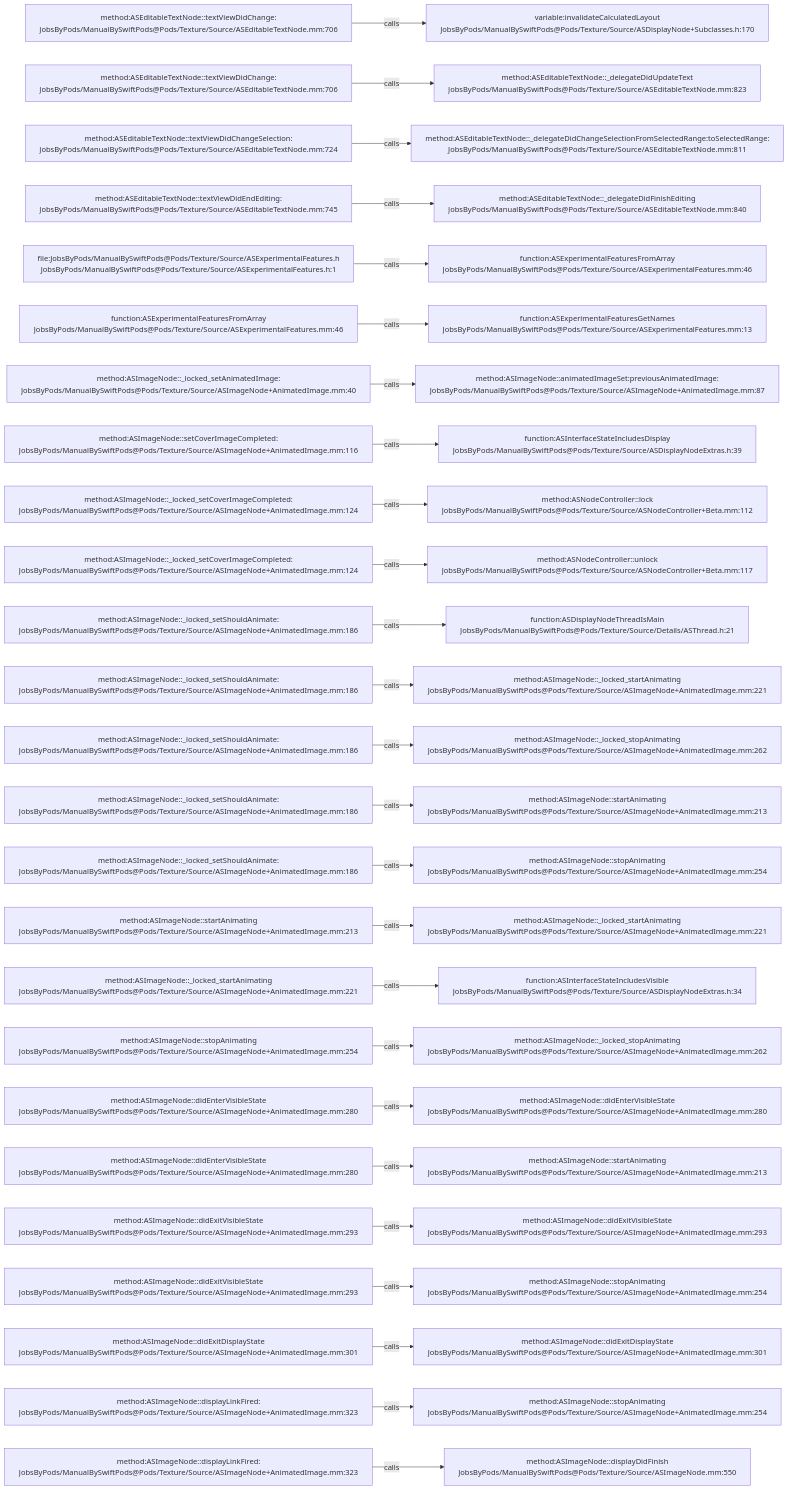
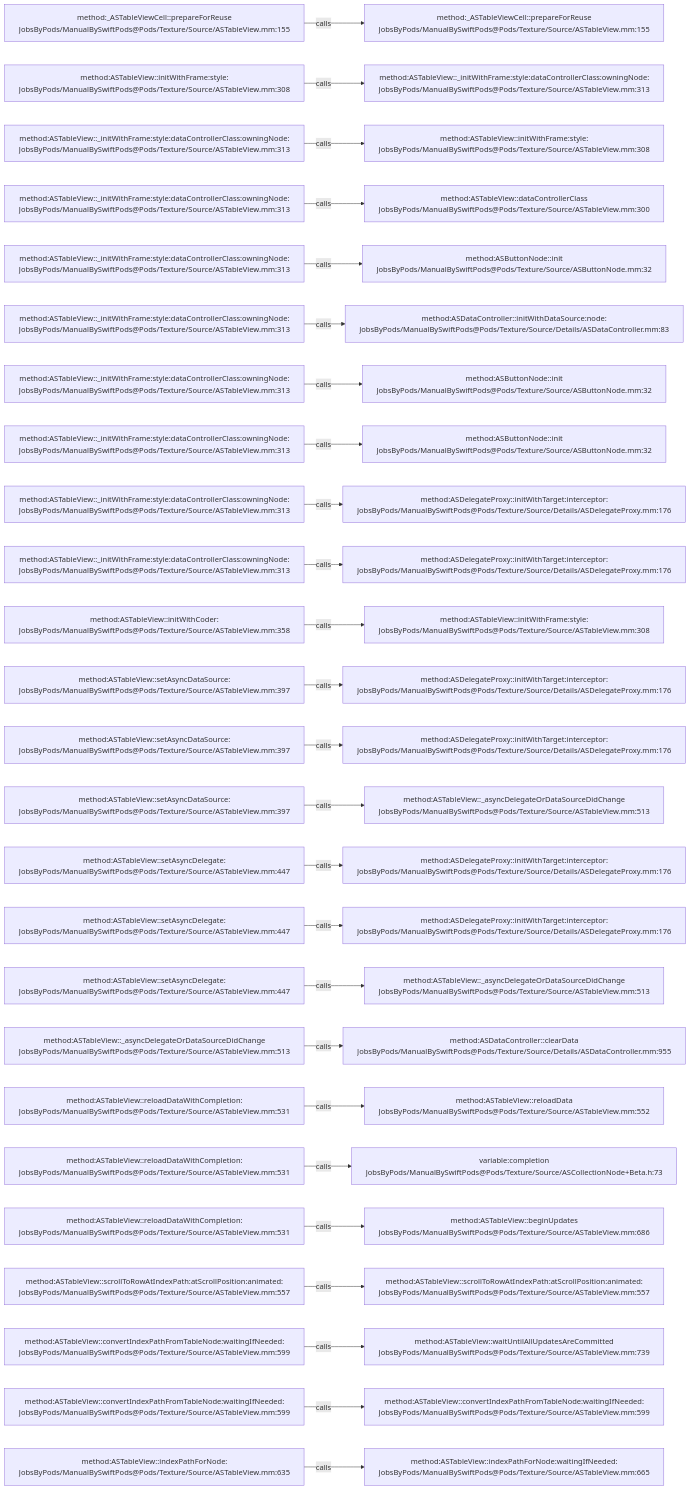
One commit to JobsKits/JobsSwiftBaseConfigDemo changed the diagram in .codegraph/codegraph.md/graphs/calls-059.md. Above: the diagram before and after it, drawn with Mermaid. The commit also changed 832 other files, not shown here.

````diff
--- a/.codegraph/codegraph.md/graphs/calls-059.md
+++ b/.codegraph/codegraph.md/graphs/calls-059.md
@@ -13,78 +13,78 @@
 ```mermaid
 flowchart LR
-  S1["method:ASEditableTextNode::textViewDidChange:<br/>JobsByPods/ManualBySwiftPods@Pods/Texture/Source/ASEditableTextNode.mm:706"]
-  T1["variable:invalidateCalculatedLayout<br/>JobsByPods/ManualBySwiftPods@Pods/Texture/Source/ASDisplayNode+Subclasses.h:170"]
+  S1["method:_ASTableViewCell::prepareForReuse<br/>JobsByPods/ManualBySwiftPods@Pods/Texture/Source/ASTableView.mm:155"]
+  T1["method:_ASTableViewCell::prepareForReuse<br/>JobsByPods/ManualBySwiftPods@Pods/Texture/Source/ASTableView.mm:155"]
   S1 -->|calls| T1
-  S2["method:ASEditableTextNode::textViewDidChange:<br/>JobsByPods/ManualBySwiftPods@Pods/Texture/Source/ASEditableTextNode.mm:706"]
-  T2["method:ASEditableTextNode::_delegateDidUpdateText<br/>JobsByPods/ManualBySwiftPods@Pods/Texture/Source/ASEditableTextNode.mm:823"]
+  S2["method:ASTableView::initWithFrame:style:<br/>JobsByPods/ManualBySwiftPods@Pods/Texture/Source/ASTableView.mm:308"]
+  T2["method:ASTableView::_initWithFrame:style:dataControllerClass:owningNode:<br/>JobsByPods/ManualBySwiftPods@Pods/Texture/Source/ASTableView.mm:313"]
   S2 -->|calls| T2
-  S3["method:ASEditableTextNode::textViewDidChangeSelection:<br/>JobsByPods/ManualBySwiftPods@Pods/Texture/Source/ASEditableTextNode.mm:724"]
-  T3["method:ASEditableTextNode::_delegateDidChangeSelectionFromSelectedRange:toSelectedRange:<br/>JobsByPods/ManualBySwiftPods@Pods/Texture/Source/ASEditableTextNode.mm:811"]
+  S3["method:ASTableView::_initWithFrame:style:dataControllerClass:owningNode:<br/>JobsByPods/ManualBySwiftPods@Pods/Texture/Source/ASTableView.mm:313"]
+  T3["method:ASTableView::initWithFrame:style:<br/>JobsByPods/ManualBySwiftPods@Pods/Texture/Source/ASTableView.mm:308"]
   S3 -->|calls| T3
-  S4["method:ASEditableTextNode::textViewDidEndEditing:<br/>JobsByPods/ManualBySwiftPods@Pods/Texture/Source/ASEditableTextNode.mm:745"]
-  T4["method:ASEditableTextNode::_delegateDidFinishEditing<br/>JobsByPods/ManualBySwiftPods@Pods/Texture/Source/ASEditableTextNode.mm:840"]
+  S4["method:ASTableView::_initWithFrame:style:dataControllerClass:owningNode:<br/>JobsByPods/ManualBySwiftPods@Pods/Texture/Source/ASTableView.mm:313"]
+  T4["method:ASTableView::dataControllerClass<br/>JobsByPods/ManualBySwiftPods@Pods/Texture/Source/ASTableView.mm:300"]
   S4 -->|calls| T4
-  S5["file:JobsByPods/ManualBySwiftPods@Pods/Texture/Source/ASExperimentalFeatures.h<br/>JobsByPods/ManualBySwiftPods@Pods/Texture/Source/ASExperimentalFeatures.h:1"]
-  T5["function:ASExperimentalFeaturesFromArray<br/>JobsByPods/ManualBySwiftPods@Pods/Texture/Source/ASExperimentalFeatures.mm:46"]
+  S5["method:ASTableView::_initWithFrame:style:dataControllerClass:owningNode:<br/>JobsByPods/ManualBySwiftPods@Pods/Texture/Source/ASTableView.mm:313"]
+  T5["method:ASButtonNode::init<br/>JobsByPods/ManualBySwiftPods@Pods/Texture/Source/ASButtonNode.mm:32"]
   S5 -->|calls| T5
-  S6["function:ASExperimentalFeaturesFromArray<br/>JobsByPods/ManualBySwiftPods@Pods/Texture/Source/ASExperimentalFeatures.mm:46"]
-  T6["function:ASExperimentalFeaturesGetNames<br/>JobsByPods/ManualBySwiftPods@Pods/Texture/Source/ASExperimentalFeatures.mm:13"]
+  S6["method:ASTableView::_initWithFrame:style:dataControllerClass:owningNode:<br/>JobsByPods/ManualBySwiftPods@Pods/Texture/Source/ASTableView.mm:313"]
+  T6["method:ASDataController::initWithDataSource:node:<br/>JobsByPods/ManualBySwiftPods@Pods/Texture/Source/Details/ASDataController.mm:83"]
   S6 -->|calls| T6
-  S7["method:ASImageNode::_locked_setAnimatedImage:<br/>JobsByPods/ManualBySwiftPods@Pods/Texture/Source/ASImageNode+AnimatedImage.mm:40"]
-  T7["method:ASImageNode::animatedImageSet:previousAnimatedImage:<br/>JobsByPods/ManualBySwiftPods@Pods/Texture/Source/ASImageNode+AnimatedImage.mm:87"]
+  S7["method:ASTableView::_initWithFrame:style:dataControllerClass:owningNode:<br/>JobsByPods/ManualBySwiftPods@Pods/Texture/Source/ASTableView.mm:313"]
+  T7["method:ASButtonNode::init<br/>JobsByPods/ManualBySwiftPods@Pods/Texture/Source/ASButtonNode.mm:32"]
   S7 -->|calls| T7
-  S8["method:ASImageNode::setCoverImageCompleted:<br/>JobsByPods/ManualBySwiftPods@Pods/Texture/Source/ASImageNode+AnimatedImage.mm:116"]
-  T8["function:ASInterfaceStateIncludesDisplay<br/>JobsByPods/ManualBySwiftPods@Pods/Texture/Source/ASDisplayNodeExtras.h:39"]
+  S8["method:ASTableView::_initWithFrame:style:dataControllerClass:owningNode:<br/>JobsByPods/ManualBySwiftPods@Pods/Texture/Source/ASTableView.mm:313"]
+  T8["method:ASButtonNode::init<br/>JobsByPods/ManualBySwiftPods@Pods/Texture/Source/ASButtonNode.mm:32"]
   S8 -->|calls| T8
-  S9["method:ASImageNode::_locked_setCoverImageCompleted:<br/>JobsByPods/ManualBySwiftPods@Pods/Texture/Source/ASImageNode+AnimatedImage.mm:124"]
-  T9["method:ASNodeController::lock<br/>JobsByPods/ManualBySwiftPods@Pods/Texture/Source/ASNodeController+Beta.mm:112"]
+  S9["method:ASTableView::_initWithFrame:style:dataControllerClass:owningNode:<br/>JobsByPods/ManualBySwiftPods@Pods/Texture/Source/ASTableView.mm:313"]
+  T9["method:ASDelegateProxy::initWithTarget:interceptor:<br/>JobsByPods/ManualBySwiftPods@Pods/Texture/Source/Details/ASDelegateProxy.mm:176"]
   S9 -->|calls| T9
-  S10["method:ASImageNode::_locked_setCoverImageCompleted:<br/>JobsByPods/ManualBySwiftPods@Pods/Texture/Source/ASImageNode+AnimatedImage.mm:124"]
-  T10["method:ASNodeController::unlock<br/>JobsByPods/ManualBySwiftPods@Pods/Texture/Source/ASNodeController+Beta.mm:117"]
+  S10["method:ASTableView::_initWithFrame:style:dataControllerClass:owningNode:<br/>JobsByPods/ManualBySwiftPods@Pods/Texture/Source/ASTableView.mm:313"]
+  T10["method:ASDelegateProxy::initWithTarget:interceptor:<br/>JobsByPods/ManualBySwiftPods@Pods/Texture/Source/Details/ASDelegateProxy.mm:176"]
   S10 -->|calls| T10
-  S11["method:ASImageNode::_locked_setShouldAnimate:<br/>JobsByPods/ManualBySwiftPods@Pods/Texture/Source/ASImageNode+AnimatedImage.mm:186"]
-  T11["function:ASDisplayNodeThreadIsMain<br/>JobsByPods/ManualBySwiftPods@Pods/Texture/Source/Details/ASThread.h:21"]
+  S11["method:ASTableView::initWithCoder:<br/>JobsByPods/ManualBySwiftPods@Pods/Texture/Source/ASTableView.mm:358"]
+  T11["method:ASTableView::initWithFrame:style:<br/>JobsByPods/ManualBySwiftPods@Pods/Texture/Source/ASTableView.mm:308"]
   S11 -->|calls| T11
-  S12["method:ASImageNode::_locked_setShouldAnimate:<br/>JobsByPods/ManualBySwiftPods@Pods/Texture/Source/ASImageNode+AnimatedImage.mm:186"]
-  T12["method:ASImageNode::_locked_startAnimating<br/>JobsByPods/ManualBySwiftPods@Pods/Texture/Source/ASImageNode+AnimatedImage.mm:221"]
+  S12["method:ASTableView::setAsyncDataSource:<br/>JobsByPods/ManualBySwiftPods@Pods/Texture/Source/ASTableView.mm:397"]
+  T12["method:ASDelegateProxy::initWithTarget:interceptor:<br/>JobsByPods/ManualBySwiftPods@Pods/Texture/Source/Details/ASDelegateProxy.mm:176"]
   S12 -->|calls| T12
-  S13["method:ASImageNode::_locked_setShouldAnimate:<br/>JobsByPods/ManualBySwiftPods@Pods/Texture/Source/ASImageNode+AnimatedImage.mm:186"]
-  T13["method:ASImageNode::_locked_stopAnimating<br/>JobsByPods/ManualBySwiftPods@Pods/Texture/Source/ASImageNode+AnimatedImage.mm:262"]
+  S13["method:ASTableView::setAsyncDataSource:<br/>JobsByPods/ManualBySwiftPods@Pods/Texture/Source/ASTableView.mm:397"]
+  T13["method:ASDelegateProxy::initWithTarget:interceptor:<br/>JobsByPods/ManualBySwiftPods@Pods/Texture/Source/Details/ASDelegateProxy.mm:176"]
   S13 -->|calls| T13
-  S14["method:ASImageNode::_locked_setShouldAnimate:<br/>JobsByPods/ManualBySwiftPods@Pods/Texture/Source/ASImageNode+AnimatedImage.mm:186"]
-  T14["method:ASImageNode::startAnimating<br/>JobsByPods/ManualBySwiftPods@Pods/Texture/Source/ASImageNode+AnimatedImage.mm:213"]
+  S14["method:ASTableView::setAsyncDataSource:<br/>JobsByPods/ManualBySwiftPods@Pods/Texture/Source/ASTableView.mm:397"]
+  T14["method:ASTableView::_asyncDelegateOrDataSourceDidChange<br/>JobsByPods/ManualBySwiftPods@Pods/Texture/Source/ASTableView.mm:513"]
   S14 -->|calls| T14
-  S15["method:ASImageNode::_locked_setShouldAnimate:<br/>JobsByPods/ManualBySwiftPods@Pods/Texture/Source/ASImageNode+AnimatedImage.mm:186"]
-  T15["method:ASImageNode::stopAnimating<br/>JobsByPods/ManualBySwiftPods@Pods/Texture/Source/ASImageNode+AnimatedImage.mm:254"]
+  S15["method:ASTableView::setAsyncDelegate:<br/>JobsByPods/ManualBySwiftPods@Pods/Texture/Source/ASTableView.mm:447"]
+  T15["method:ASDelegateProxy::initWithTarget:interceptor:<br/>JobsByPods/ManualBySwiftPods@Pods/Texture/Source/Details/ASDelegateProxy.mm:176"]
   S15 -->|calls| T15
-  S16["method:ASImageNode::startAnimating<br/>JobsByPods/ManualBySwiftPods@Pods/Texture/Source/ASImageNode+AnimatedImage.mm:213"]
-  T16["method:ASImageNode::_locked_startAnimating<br/>JobsByPods/ManualBySwiftPods@Pods/Texture/Source/ASImageNode+AnimatedImage.mm:221"]
+  S16["method:ASTableView::setAsyncDelegate:<br/>JobsByPods/ManualBySwiftPods@Pods/Texture/Source/ASTableView.mm:447"]
+  T16["method:ASDelegateProxy::initWithTarget:interceptor:<br/>JobsByPods/ManualBySwiftPods@Pods/Texture/Source/Details/ASDelegateProxy.mm:176"]
   S16 -->|calls| T16
-  S17["method:ASImageNode::_locked_startAnimating<br/>JobsByPods/ManualBySwiftPods@Pods/Texture/Source/ASImageNode+AnimatedImage.mm:221"]
-  T17["function:ASInterfaceStateIncludesVisible<br/>JobsByPods/ManualBySwiftPods@Pods/Texture/Source/ASDisplayNodeExtras.h:34"]
+  S17["method:ASTableView::setAsyncDelegate:<br/>JobsByPods/ManualBySwiftPods@Pods/Texture/Source/ASTableView.mm:447"]
+  T17["method:ASTableView::_asyncDelegateOrDataSourceDidChange<br/>JobsByPods/ManualBySwiftPods@Pods/Texture/Source/ASTableView.mm:513"]
   S17 -->|calls| T17
-  S18["method:ASImageNode::stopAnimating<br/>JobsByPods/ManualBySwiftPods@Pods/Texture/Source/ASImageNode+AnimatedImage.mm:254"]
-  T18["method:ASImageNode::_locked_stopAnimating<br/>JobsByPods/ManualBySwiftPods@Pods/Texture/Source/ASImageNode+AnimatedImage.mm:262"]
+  S18["method:ASTableView::_asyncDelegateOrDataSourceDidChange<br/>JobsByPods/ManualBySwiftPods@Pods/Texture/Source/ASTableView.mm:513"]
+  T18["method:ASDataController::clearData<br/>JobsByPods/ManualBySwiftPods@Pods/Texture/Source/Details/ASDataController.mm:955"]
   S18 -->|calls| T18
-  S19["method:ASImageNode::didEnterVisibleState<br/>JobsByPods/ManualBySwiftPods@Pods/Texture/Source/ASImageNode+AnimatedImage.mm:280"]
-  T19["method:ASImageNode::didEnterVisibleState<br/>JobsByPods/ManualBySwiftPods@Pods/Texture/Source/ASImageNode+AnimatedImage.mm:280"]
+  S19["method:ASTableView::reloadDataWithCompletion:<br/>JobsByPods/ManualBySwiftPods@Pods/Texture/Source/ASTableView.mm:531"]
+  T19["method:ASTableView::reloadData<br/>JobsByPods/ManualBySwiftPods@Pods/Texture/Source/ASTableView.mm:552"]
   S19 -->|calls| T19
-  S20["method:ASImageNode::didEnterVisibleState<br/>JobsByPods/ManualBySwiftPods@Pods/Texture/Source/ASImageNode+AnimatedImage.mm:280"]
-  T20["method:ASImageNode::startAnimating<br/>JobsByPods/ManualBySwiftPods@Pods/Texture/Source/ASImageNode+AnimatedImage.mm:213"]
+  S20["method:ASTableView::reloadDataWithCompletion:<br/>JobsByPods/ManualBySwiftPods@Pods/Texture/Source/ASTableView.mm:531"]
+  T20["variable:completion<br/>JobsByPods/ManualBySwiftPods@Pods/Texture/Source/ASCollectionNode+Beta.h:73"]
   S20 -->|calls| T20
-  S21["method:ASImageNode::didExitVisibleState<br/>JobsByPods/ManualBySwiftPods@Pods/Texture/Source/ASImageNode+AnimatedImage.mm:293"]
-  T21["method:ASImageNode::didExitVisibleState<br/>JobsByPods/ManualBySwiftPods@Pods/Texture/Source/ASImageNode+AnimatedImage.mm:293"]
+  S21["method:ASTableView::reloadDataWithCompletion:<br/>JobsByPods/ManualBySwiftPods@Pods/Texture/Source/ASTableView.mm:531"]
+  T21["method:ASTableView::beginUpdates<br/>JobsByPods/ManualBySwiftPods@Pods/Texture/Source/ASTableView.mm:686"]
   S21 -->|calls| T21
-  S22["method:ASImageNode::didExitVisibleState<br/>JobsByPods/ManualBySwiftPods@Pods/Texture/Source/ASImageNode+AnimatedImage.mm:293"]
-  T22["method:ASImageNode::stopAnimating<br/>JobsByPods/ManualBySwiftPods@Pods/Texture/Source/ASImageNode+AnimatedImage.mm:254"]
+  S22["method:ASTableView::scrollToRowAtIndexPath:atScrollPosition:animated:<br/>JobsByPods/ManualBySwiftPods@Pods/Texture/Source/ASTableView.mm:557"]
+  T22["method:ASTableView::scrollToRowAtIndexPath:atScrollPosition:animated:<br/>JobsByPods/ManualBySwiftPods@Pods/Texture/Source/ASTableView.mm:557"]
   S22 -->|calls| T22
-  S23["method:ASImageNode::didExitDisplayState<br/>JobsByPods/ManualBySwiftPods@Pods/Texture/Source/ASImageNode+AnimatedImage.mm:301"]
-  T23["method:ASImageNode::didExitDisplayState<br/>JobsByPods/ManualBySwiftPods@Pods/Texture/Source/ASImageNode+AnimatedImage.mm:301"]
+  S23["method:ASTableView::convertIndexPathFromTableNode:waitingIfNeeded:<br/>JobsByPods/ManualBySwiftPods@Pods/Texture/Source/ASTableView.mm:599"]
+  T23["method:ASTableView::waitUntilAllUpdatesAreCommitted<br/>JobsByPods/ManualBySwiftPods@Pods/Texture/Source/ASTableView.mm:739"]
   S23 -->|calls| T23
-  S24["method:ASImageNode::displayLinkFired:<br/>JobsByPods/ManualBySwiftPods@Pods/Texture/Source/ASImageNode+AnimatedImage.mm:323"]
-  T24["method:ASImageNode::stopAnimating<br/>JobsByPods/ManualBySwiftPods@Pods/Texture/Source/ASImageNode+AnimatedImage.mm:254"]
+  S24["method:ASTableView::convertIndexPathFromTableNode:waitingIfNeeded:<br/>JobsByPods/ManualBySwiftPods@Pods/Texture/Source/ASTableView.mm:599"]
+  T24["method:ASTableView::convertIndexPathFromTableNode:waitingIfNeeded:<br/>JobsByPods/ManualBySwiftPods@Pods/Texture/Source/ASTableView.mm:599"]
   S24 -->|calls| T24
-  S25["method:ASImageNode::displayLinkFired:<br/>JobsByPods/ManualBySwiftPods@Pods/Texture/Source/ASImageNode+AnimatedImage.mm:323"]
-  T25["method:ASImageNode::displayDidFinish<br/>JobsByPods/ManualBySwiftPods@Pods/Texture/Source/ASImageNode.mm:550"]
+  S25["method:ASTableView::indexPathForNode:<br/>JobsByPods/ManualBySwiftPods@Pods/Texture/Source/ASTableView.mm:635"]
+  T25["method:ASTableView::indexPathForNode:waitingIfNeeded:<br/>JobsByPods/ManualBySwiftPods@Pods/Texture/Source/ASTableView.mm:665"]
   S25 -->|calls| T25
 ```
````
